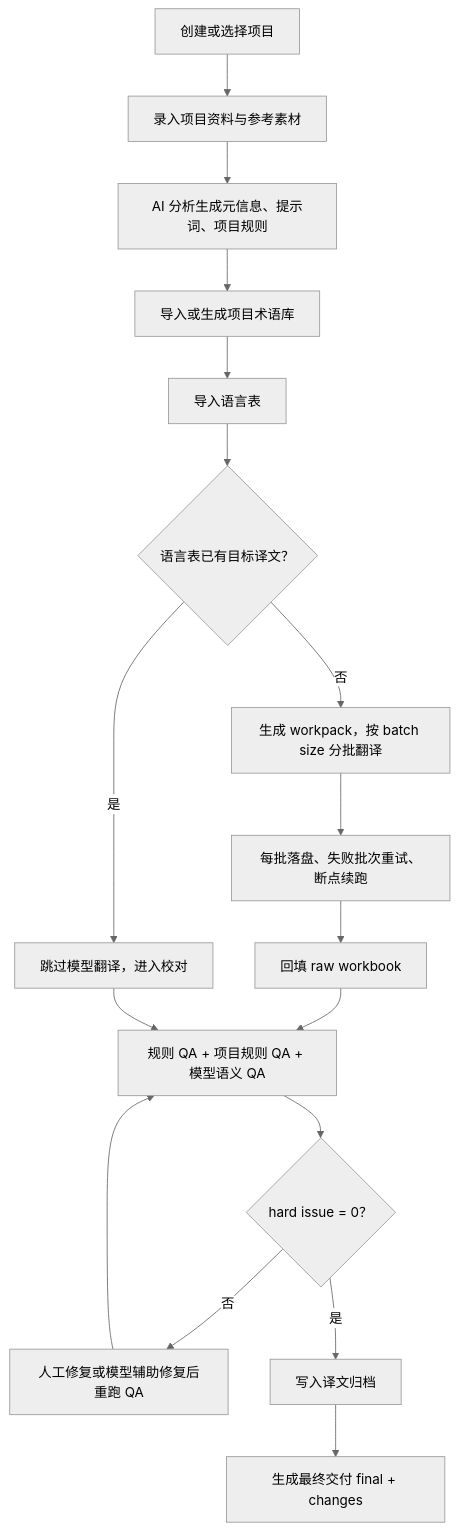
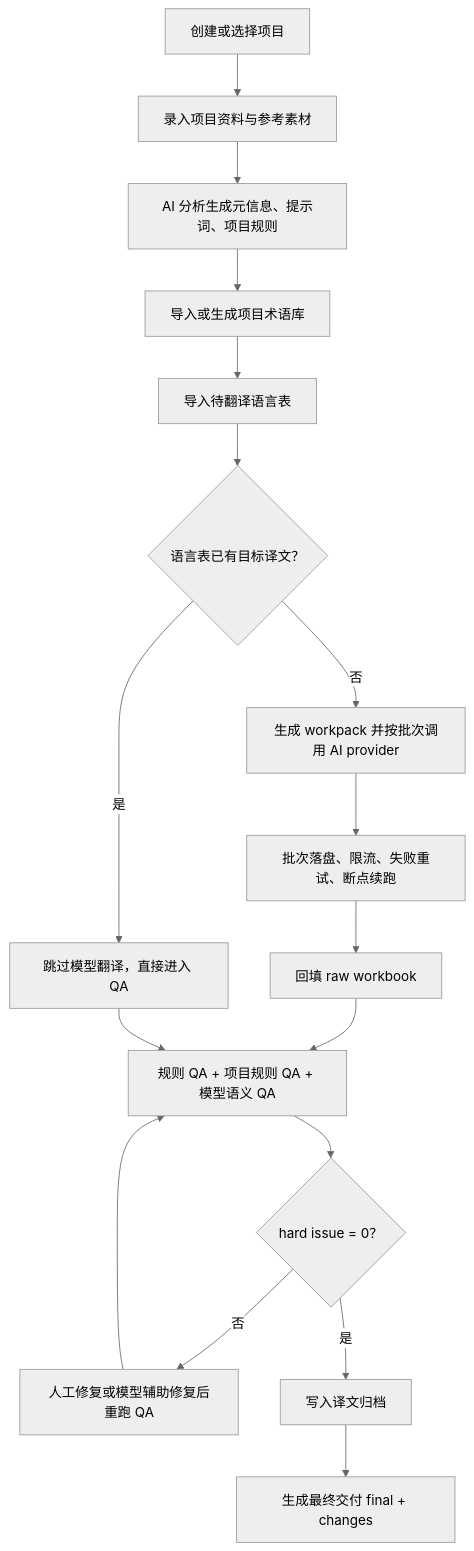
The first of 2 diagrams in README.md (zhangzeyu99-web/localization-workflow-studio), drawn with Mermaid (neutral theme) before and after one commit. The commit also changed other lines of this file and 7 other files, not shown here.

````diff
--- a/README.md
+++ b/README.md
@@ -29,19 +51,19 @@
 ```mermaid
 flowchart TD
   A["创建或选择项目"] --> B["录入项目资料与参考素材"]
   B --> C["AI 分析生成元信息、提示词、项目规则"]
   C --> D["导入或生成项目术语库"]
-  D --> E["导入语言表"]
+  D --> E["导入待翻译语言表"]
   E --> F{"语言表已有目标译文？"}
-  F -- "是" --> G["跳过模型翻译，进入校对"]
-  F -- "否" --> H["生成 workpack，按 batch size 分批翻译"]
-  H --> I["每批落盘、失败批次重试、断点续跑"]
+  F -- "是" --> G["跳过模型翻译，直接进入 QA"]
+  F -- "否" --> H["生成 workpack 并按批次调用 AI provider"]
+  H --> I["批次落盘、限流、失败重试、断点续跑"]
   I --> J["回填 raw workbook"]
   J --> K["规则 QA + 项目规则 QA + 模型语义 QA"]
   G --> K
   K --> L{"hard issue = 0？"}
   L -- "否" --> M["人工修复或模型辅助修复后重跑 QA"]
   M --> K
   L -- "是" --> N["写入译文归档"]
   N --> O["生成最终交付 final + changes"]
 ```
````
